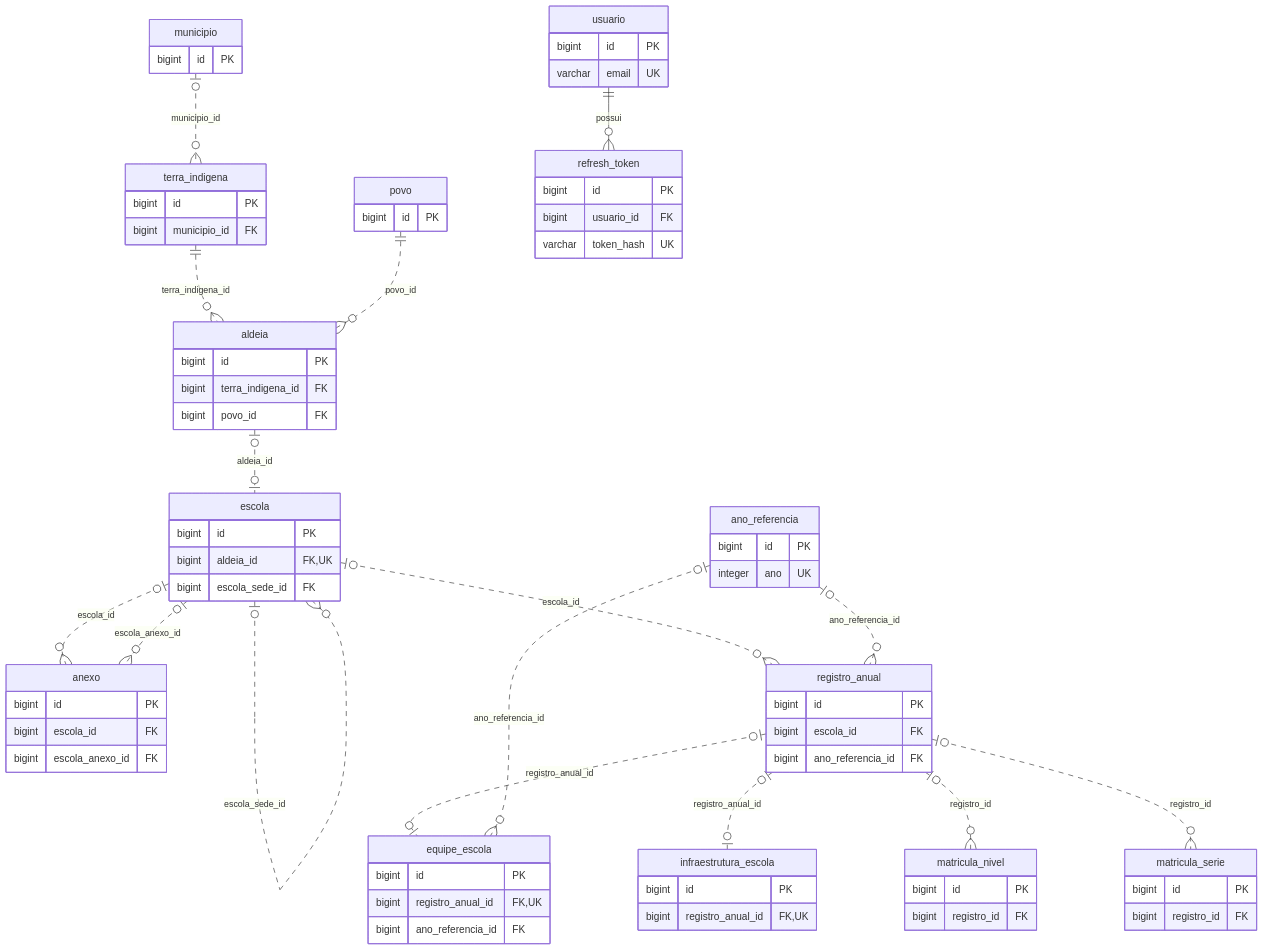
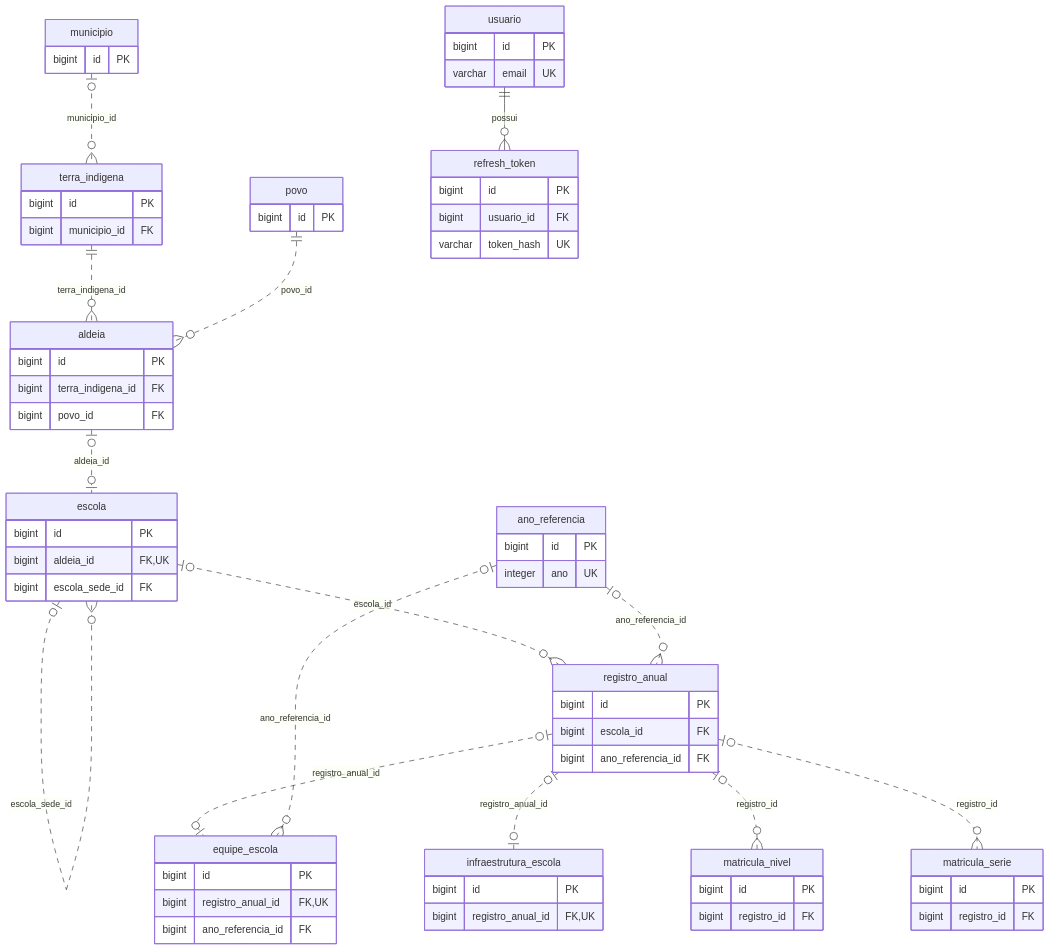
Before and after one commit to euzebio-chokolate/SIGEI: the diagram in sigei-backend/docs/BANCO_DE_DADOS.md, drawn with Mermaid. The commit also changed other lines of this file and 22 other files, not shown here.

First line of the commit message:
Unifica o vínculo escola-sede/anexo em escola.escola_sede_id

````diff
--- a/sigei-backend/docs/BANCO_DE_DADOS.md
+++ b/sigei-backend/docs/BANCO_DE_DADOS.md
@@ -22,79 +22,72 @@
 ```mermaid
 erDiagram
     municipio o|..o{ terra_indigena : municipio_id
     terra_indigena ||..o{ aldeia : terra_indigena_id
     povo ||..o{ aldeia : povo_id
     aldeia o|..o| escola : aldeia_id
     escola o|..o{ escola : escola_sede_id
-    escola o|..o{ anexo : escola_id
-    escola o|..o{ anexo : escola_anexo_id
     escola o|..o{ registro_anual : escola_id
     ano_referencia o|..o{ registro_anual : ano_referencia_id
     registro_anual o|..o| equipe_escola : registro_anual_id
     ano_referencia o|..o{ equipe_escola : ano_referencia_id
     registro_anual o|..o| infraestrutura_escola : registro_anual_id
     registro_anual o|..o{ matricula_nivel : registro_id
     registro_anual o|..o{ matricula_serie : registro_id
 
     municipio {
         bigint id PK
     }
     terra_indigena {
         bigint id PK
         bigint municipio_id FK
     }
     povo {
         bigint id PK
     }
     aldeia {
         bigint id PK
         bigint terra_indigena_id FK
         bigint povo_id FK
     }
     escola {
         bigint id PK
         bigint aldeia_id FK,UK
         bigint escola_sede_id FK
-    }
-    anexo {
-        bigint id PK
-        bigint escola_id FK
-        bigint escola_anexo_id FK
     }
     ano_referencia {
         bigint id PK
         integer ano UK
     }
     registro_anual {
         bigint id PK
         bigint escola_id FK
         bigint ano_referencia_id FK
     }
     equipe_escola {
         bigint id PK
         bigint registro_anual_id FK,UK
         bigint ano_referencia_id FK
     }
     infraestrutura_escola {
         bigint id PK
         bigint registro_anual_id FK,UK
     }
     matricula_nivel {
         bigint id PK
         bigint registro_id FK
     }
     matricula_serie {
         bigint id PK
         bigint registro_id FK
     }
     usuario {
         bigint id PK
         varchar email UK
     }
     refresh_token {
         bigint id PK
         bigint usuario_id FK
         varchar token_hash UK
     }
     usuario ||--o{ refresh_token : "possui"
 ```
````
